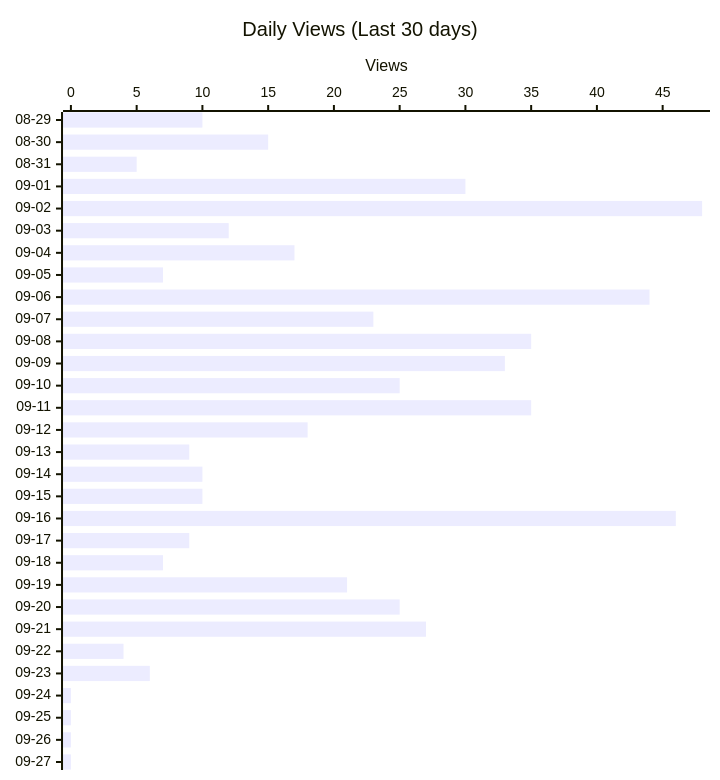
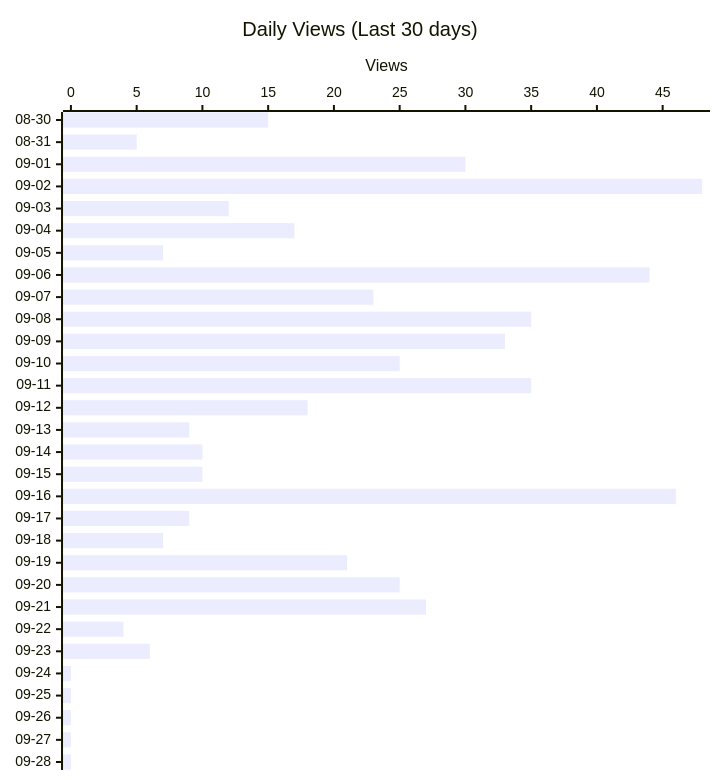
One commit to shigechika/github-insights changed the second of 4 diagrams in README.md. Above: the diagram before and after it, drawn with Mermaid. The commit also changed other lines of this file and 2 other files, not shown here.

````diff
--- a/README.md
+++ b/README.md
@@ -28,12 +28,12 @@
 ```mermaid
 ---
 config:
   xyChart:
     height: 760
 ---
 xychart-beta horizontal
     title "Daily Views (Last 30 days)"
-    x-axis ["08-29", "08-30", "08-31", "09-01", "09-02", "09-03", "09-04", "09-05", "09-06", "09-07", "09-08", "09-09", "09-10", "09-11", "09-12", "09-13", "09-14", "09-15", "09-16", "09-17", "09-18", "09-19", "09-20", "09-21", "09-22", "09-23", "09-24", "09-25", "09-26", "09-27"]
+    x-axis ["08-30", "08-31", "09-01", "09-02", "09-03", "09-04", "09-05", "09-06", "09-07", "09-08", "09-09", "09-10", "09-11", "09-12", "09-13", "09-14", "09-15", "09-16", "09-17", "09-18", "09-19", "09-20", "09-21", "09-22", "09-23", "09-24", "09-25", "09-26", "09-27", "09-28"]
     y-axis "Views"
-    bar [10, 15, 5, 30, 48, 12, 17, 7, 44, 23, 35, 33, 25, 35, 18, 9, 10, 10, 46, 9, 7, 21, 25, 27, 4, 6, 0, 0, 0, 0]
+    bar [15, 5, 30, 48, 12, 17, 7, 44, 23, 35, 33, 25, 35, 18, 9, 10, 10, 46, 9, 7, 21, 25, 27, 4, 6, 0, 0, 0, 0, 0]
 ```
````
